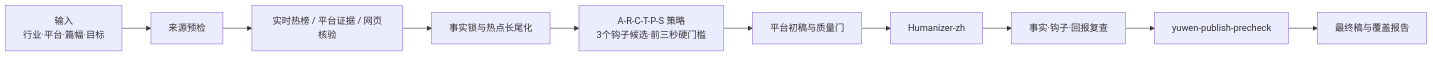
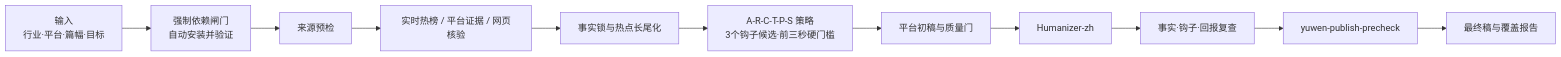
Before and after one commit to shanwen222/trend-to-script-cn: the diagram in README.md, drawn with Mermaid. The commit also changed other lines of this file and 15 other files, not shown here.

````diff
--- a/README.md
+++ b/README.md
@@ -11,12 +11,13 @@
 ```mermaid
 flowchart LR
-    A["输入<br/>行业·平台·篇幅·目标"] --> B["来源预检"]
-    B --> C["实时热榜 / 平台证据 / 网页核验"]
-    C --> D["事实锁与热点长尾化"]
-    D --> E["A-R-C-T-P-S 策略<br/>3个钩子候选·前三秒硬门槛"]
-    E --> F["平台初稿与质量门"]
-    F --> G["Humanizer-zh"]
-    G --> H["事实·钩子·回报复查"]
-    H --> I["yuwen-publish-precheck"]
-    I --> J["最终稿与覆盖报告"]
+    A["输入<br/>行业·平台·篇幅·目标"] --> B["强制依赖闸门<br/>自动安装并验证"]
+    B --> C["来源预检"]
+    C --> D["实时热榜 / 平台证据 / 网页核验"]
+    D --> E["事实锁与热点长尾化"]
+    E --> F["A-R-C-T-P-S 策略<br/>3个钩子候选·前三秒硬门槛"]
+    F --> G["平台初稿与质量门"]
+    G --> H["Humanizer-zh"]
+    H --> I["事实·钩子·回报复查"]
+    I --> J["yuwen-publish-precheck"]
+    J --> K["最终稿与覆盖报告"]
 ```
````
